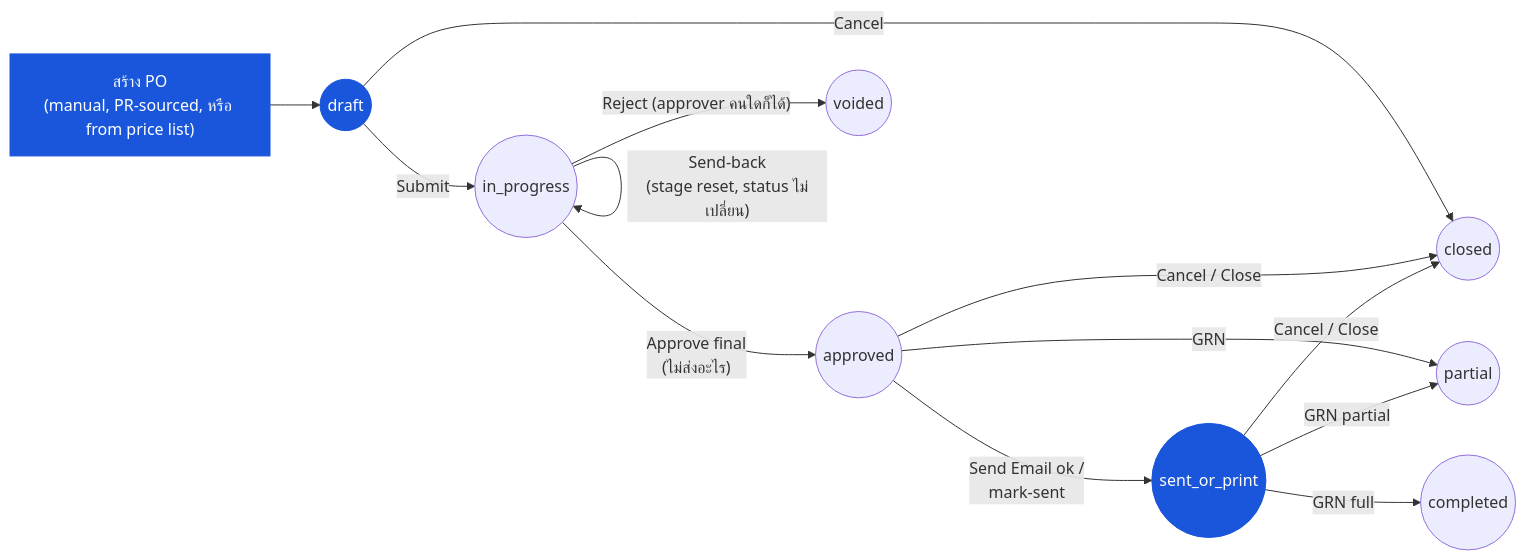
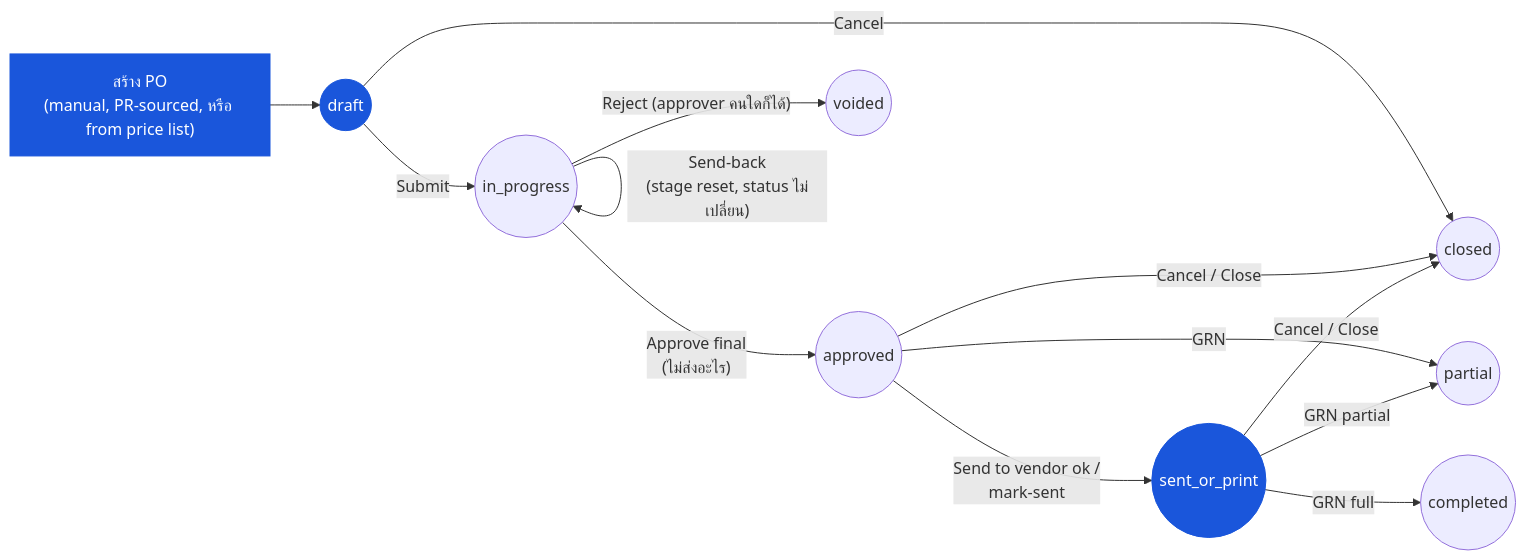
One commit to CarmenSoftware-organization/carmen-wiki changed the diagram in th/inventory/purchase-order/03-user-flow-purchaser.md. Above: the diagram before and after it, drawn with Mermaid. The commit also changed other lines of this file and 35 other files, not shown here.

````diff
--- a/th/inventory/purchase-order/03-user-flow-purchaser.md
+++ b/th/inventory/purchase-order/03-user-flow-purchaser.md
@@ -25,16 +25,16 @@
 ```mermaid
 graph LR
     create["สร้าง PO<br/>(manual, PR-sourced, หรือ from price list)"]:::current --> draft(("draft")):::current
     draft -->|"Submit"| inprog(("in_progress"))
     draft -->|"Cancel"| closed(("closed"))
     inprog -->|"Send-back<br/>(stage reset, status ไม่เปลี่ยน)"| inprog
     inprog -->|"Approve final<br/>(ไม่ส่งอะไร)"| approved(("approved"))
     inprog -->|"Reject (approver คนใดก็ได้)"| voided(("voided"))
-    approved -->|"Send Email ok /<br/>mark-sent"| sent(("sent_or_print")):::current
+    approved -->|"Send to vendor ok /<br/>mark-sent"| sent(("sent_or_print")):::current
     approved -->|"Cancel / Close"| closed
     sent -->|"Cancel / Close"| closed
     approved -->|"GRN"| partial(("partial"))
     sent -->|"GRN partial"| partial
     sent -->|"GRN full"| completed(("completed"))
     classDef current fill:#1a56db,color:#fff,stroke:#1a56db;
 ```
````
